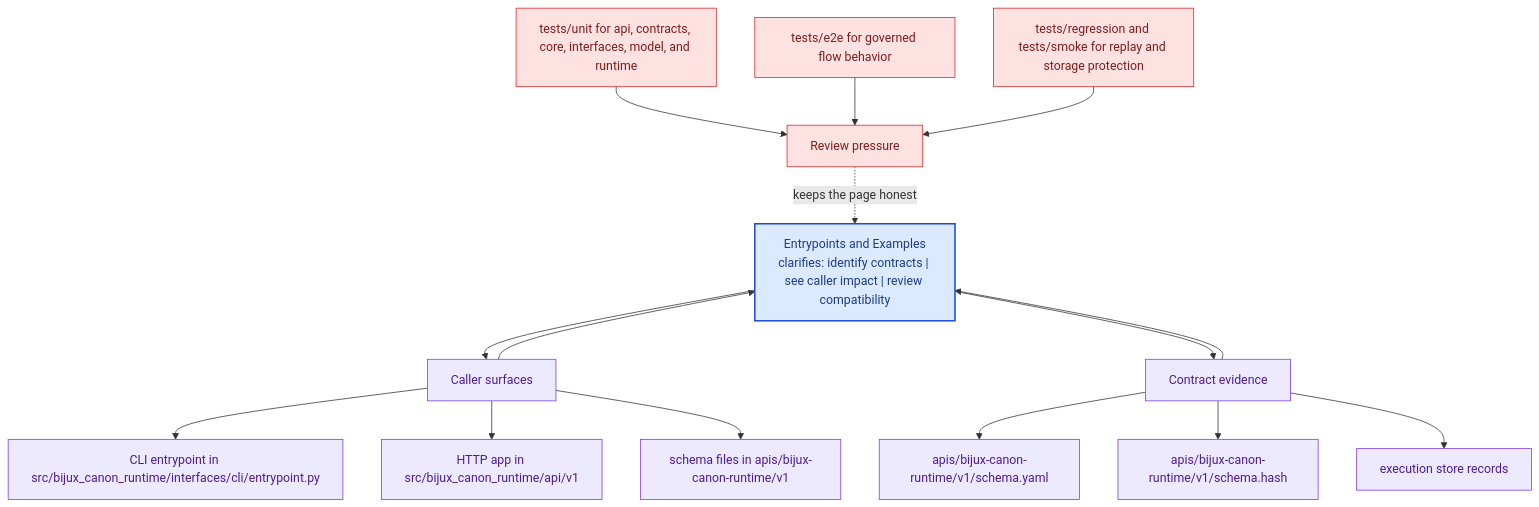
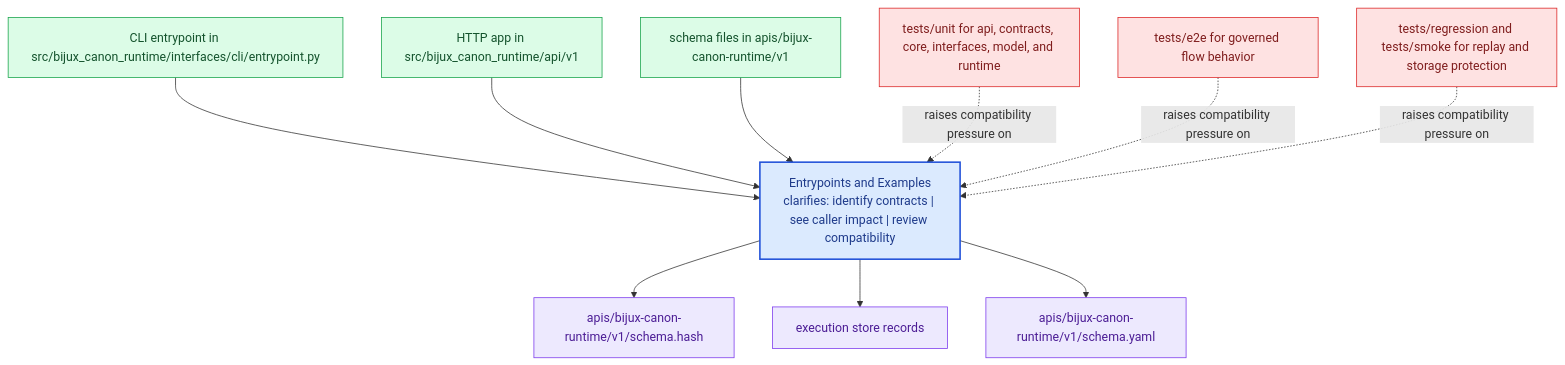
The diagram in docs/bijux-canon-runtime/interfaces/entrypoints-and-examples.md (bijux/bijux-canon), drawn with Mermaid before and after one commit. The commit also changed other lines of this file and 281 other files, not shown here.

Commit message:
docs(diagrams): replace repeated mermaid scaffolds with page-specific summaries

````diff
--- a/docs/bijux-canon-runtime/interfaces/entrypoints-and-examples.md
+++ b/docs/bijux-canon-runtime/interfaces/entrypoints-and-examples.md
@@ -67,41 +22,31 @@
 ```mermaid
 flowchart TB
-    promise["Entrypoints and Examples<br/>clarifies: identify contracts | see caller impact | review compatibility"]
-    classDef promise fill:#dbeafe,stroke:#1d4ed8,color:#1e3a8a,stroke-width:2px;
-    classDef driver fill:#dcfce7,stroke:#16a34a,color:#14532d;
-    classDef constraint fill:#fee2e2,stroke:#dc2626,color:#7f1d1d;
-    classDef ground fill:#ede9fe,stroke:#7c3aed,color:#4c1d95;
-    focus1["Caller surfaces"]
-    focus1 --> promise
-    promise --> focus1
-    focus1_1["CLI entrypoint in src/bijux_canon_runtime/interfaces/cli/entrypoint.py"]
-    focus1 --> focus1_1
-    focus1_2["HTTP app in src/bijux_canon_runtime/api/v1"]
-    focus1 --> focus1_2
-    focus1_3["schema files in apis/bijux-canon-runtime/v1"]
-    focus1 --> focus1_3
-    class focus1 ground;
-    class focus1_1,focus1_2,focus1_3 ground;
-    focus2["Contract evidence"]
-    focus2 --> promise
-    promise --> focus2
-    focus2_1["apis/bijux-canon-runtime/v1/schema.yaml"]
-    focus2 --> focus2_1
-    focus2_2["apis/bijux-canon-runtime/v1/schema.hash"]
-    focus2 --> focus2_2
-    focus2_3["execution store records"]
-    focus2 --> focus2_3
-    class focus2 ground;
-    class focus2_1,focus2_2,focus2_3 ground;
-    focus3["Review pressure"]
-    focus3 -.keeps the page honest.-> promise
-    focus3_1["tests/unit for api, contracts, core, interfaces, model, and runtime"]
-    focus3_1 --> focus3
-    focus3_2["tests/e2e for governed flow behavior"]
-    focus3_2 --> focus3
-    focus3_3["tests/regression and tests/smoke for replay and storage protection"]
-    focus3_3 --> focus3
-    class focus3 constraint;
-    class focus3_1,focus3_2,focus3_3 constraint;
-    class promise promise;
+    page["Entrypoints and Examples<br/>clarifies: identify contracts | see caller impact | review compatibility"]
+    classDef page fill:#dbeafe,stroke:#1d4ed8,color:#1e3a8a,stroke-width:2px;
+    classDef positive fill:#dcfce7,stroke:#16a34a,color:#14532d;
+    classDef caution fill:#fee2e2,stroke:#dc2626,color:#7f1d1d;
+    classDef anchor fill:#ede9fe,stroke:#7c3aed,color:#4c1d95;
+    classDef action fill:#fef3c7,stroke:#d97706,color:#7c2d12;
+    surface1["CLI entrypoint in src/bijux_canon_runtime/interfaces/cli/entrypoint.py"]
+    surface1 --> page
+    surface2["HTTP app in src/bijux_canon_runtime/api/v1"]
+    surface2 --> page
+    surface3["schema files in apis/bijux-canon-runtime/v1"]
+    surface3 --> page
+    proof1["apis/bijux-canon-runtime/v1/schema.hash"]
+    page --> proof1
+    proof2["execution store records"]
+    page --> proof2
+    proof3["apis/bijux-canon-runtime/v1/schema.yaml"]
+    page --> proof3
+    review1["tests/unit for api, contracts, core, interfaces, model, and runtime"]
+    review1 -.raises compatibility pressure on.-> page
+    review2["tests/e2e for governed flow behavior"]
+    review2 -.raises compatibility pressure on.-> page
+    review3["tests/regression and tests/smoke for replay and storage protection"]
+    review3 -.raises compatibility pressure on.-> page
+    class page page;
+    class surface1,surface2,surface3 positive;
+    class proof1,proof2,proof3 anchor;
+    class review1,review2,review3 caution;
 ```
````
